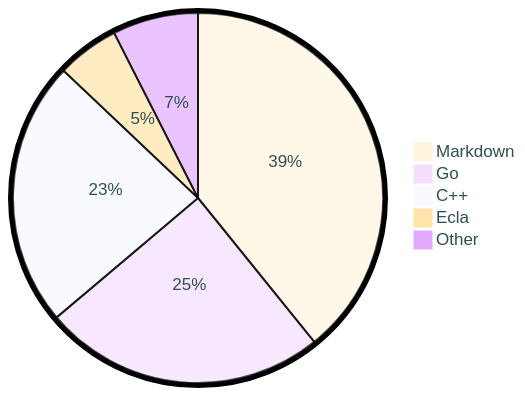
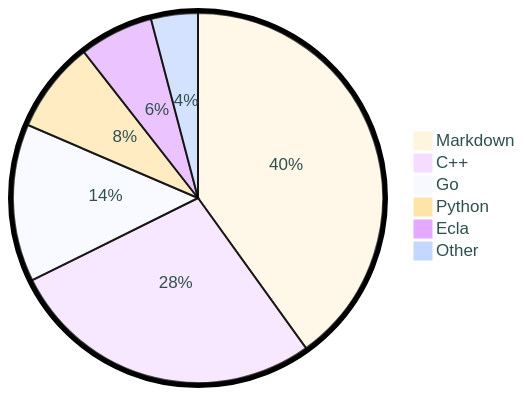
One commit to tot0p/tot0p changed the diagram in README.md. Above: the diagram before and after it, drawn with Mermaid. The commit also changed other lines of this file, not shown here.

````diff
--- a/README.md
+++ b/README.md
@@ -86,9 +86,10 @@
 ```mermaid
 %%{init: {"pie": {"textPosition": 0.5}, "themeVariables": {"pieOuterStrokeWidth": "5px","primaryTextColor" : "#2F4F4F"},"theme":"base"} }%%
 pie
-	"Markdown": 39.18
-	"Go": 24.65
-	"C++": 23.23
-	"Ecla": 5.45
-	"Other": 7.479999999999999
+	"Markdown": 40.08
+	"C++": 27.6
+	"Go": 13.78
+	"Python": 7.99
+	"Ecla": 6.47
+	"Other": 4.09
 ```
````
